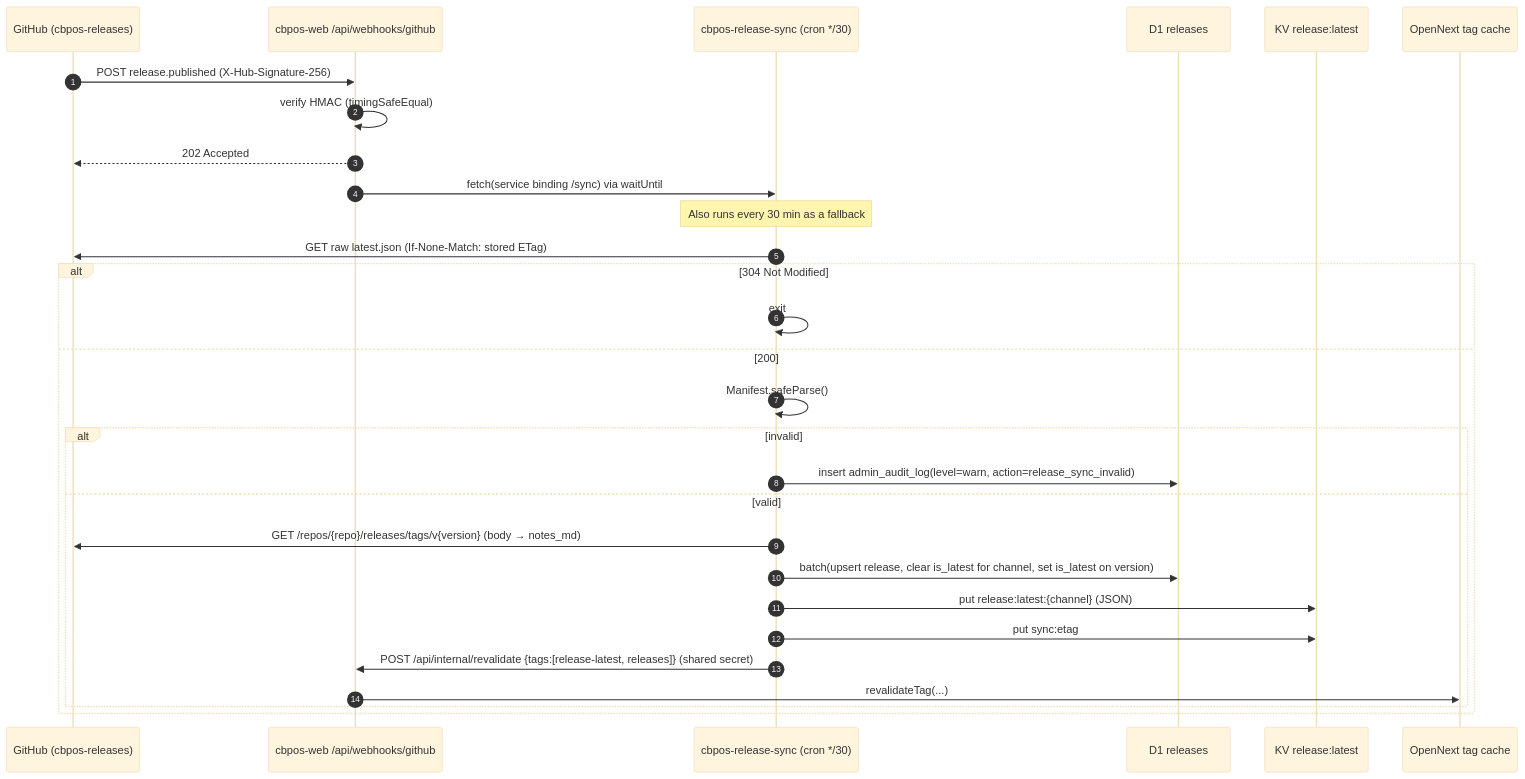
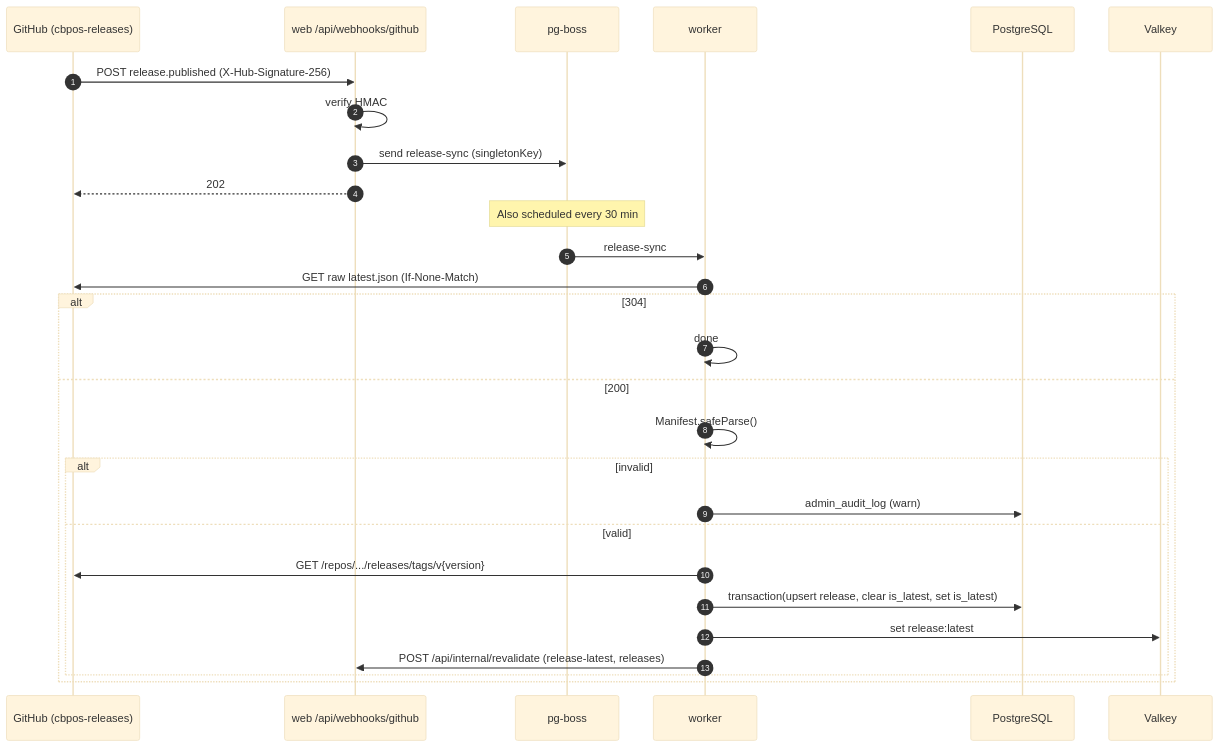
The second of 4 diagrams in docs/02-TRD.md (ceybyte/CeyByte.com), drawn with Mermaid (base theme) before and after one commit. The commit also changed other lines of this file, not shown here.

First line of the commit message:
docs(main): rewrite TRD for single-VPS architecture

````diff
--- a/docs/02-TRD.md
+++ b/docs/02-TRD.md
@@ -365,32 +313,31 @@
 ```mermaid
 sequenceDiagram
   autonumber
   participant GH as GitHub (cbpos-releases)
-  participant WH as cbpos-web /api/webhooks/github
-  participant CR as cbpos-release-sync (cron */30)
-  participant D1 as D1 releases
-  participant KV as KV release:latest
-  participant NX as OpenNext tag cache
+  participant WEB as web /api/webhooks/github
+  participant Q as pg-boss
+  participant WK as worker
+  participant PG as PostgreSQL
+  participant VK as Valkey
 
-  GH->>WH: POST release.published (X-Hub-Signature-256)
-  WH->>WH: verify HMAC (timingSafeEqual)
-  WH-->>GH: 202 Accepted
-  WH->>CR: fetch(service binding /sync) via waitUntil
-  Note over CR: Also runs every 30 min as a fallback
-  CR->>GH: GET raw latest.json (If-None-Match: stored ETag)
-  alt 304 Not Modified
-    CR->>CR: exit
+  GH->>WEB: POST release.published (X-Hub-Signature-256)
+  WEB->>WEB: verify HMAC
+  WEB->>Q: send release-sync (singletonKey)
+  WEB-->>GH: 202
+  Note over Q: Also scheduled every 30 min
+  Q->>WK: release-sync
+  WK->>GH: GET raw latest.json (If-None-Match)
+  alt 304
+    WK->>WK: done
   else 200
-    CR->>CR: Manifest.safeParse()
+    WK->>WK: Manifest.safeParse()
     alt invalid
-      CR->>D1: insert admin_audit_log(level=warn, action=release_sync_invalid)
+      WK->>PG: admin_audit_log (warn)
     else valid
-      CR->>GH: GET /repos/{repo}/releases/tags/v{version} (body → notes_md)
-      CR->>D1: batch(upsert release, clear is_latest for channel, set is_latest on version)
-      CR->>KV: put release:latest:{channel} (JSON)
-      CR->>KV: put sync:etag
-      CR->>WH: POST /api/internal/revalidate {tags:[release-latest, releases]} (shared secret)
-      WH->>NX: revalidateTag(...)
+      WK->>GH: GET /repos/.../releases/tags/v{version}
+      WK->>PG: transaction(upsert release, clear is_latest, set is_latest)
+      WK->>VK: set release:latest
+      WK->>WEB: POST /api/internal/revalidate (release-latest, releases)
     end
   end
 ```
````
